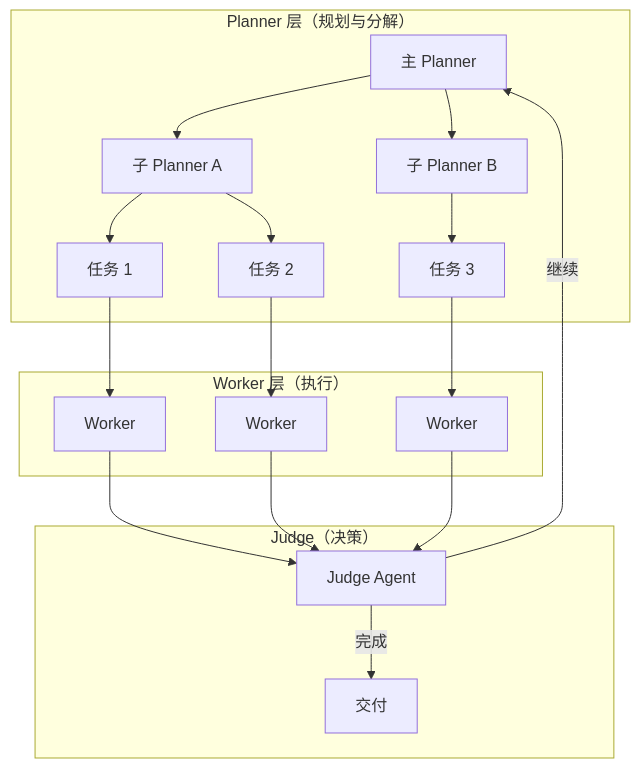
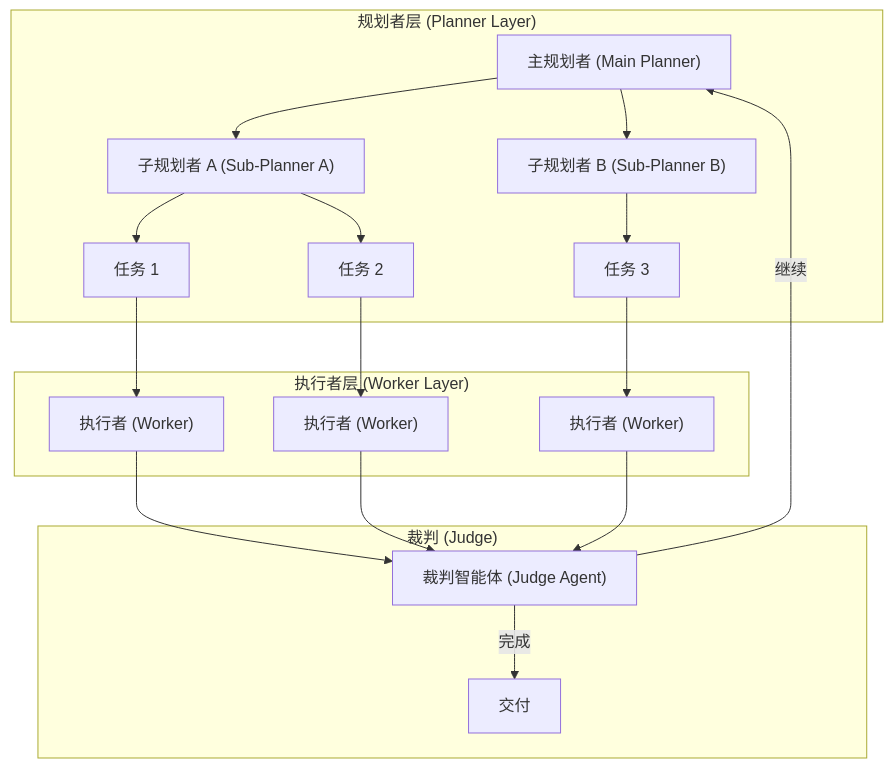
One commit to yeasy/agentic_ai_guide changed the third of 3 diagrams in 05_collaboration/5.1_architectures.md. Above: the diagram before and after it, drawn with Mermaid. The commit also changed other lines of this file and 75 other files, not shown here.

````diff
--- a/05_collaboration/5.1_architectures.md
+++ b/05_collaboration/5.1_architectures.md
@@ -162,24 +162,24 @@
 ```mermaid
 graph TD
-    subgraph planners["Planner 层（规划与分解）"]
-        P1["主 Planner"] --> P2["子 Planner A"]
-        P1 --> P3["子 Planner B"]
+    subgraph planners["规划者层 (Planner Layer)"]
+        P1["主规划者 (Main Planner)"] --> P2["子规划者 A (Sub-Planner A)"]
+        P1 --> P3["子规划者 B (Sub-Planner B)"]
         P2 --> T1["任务 1"]
         P2 --> T2["任务 2"]
         P3 --> T3["任务 3"]
     end
     
-    subgraph workers["Worker 层（执行）"]
-        T1 --> W1["Worker"]
-        T2 --> W2["Worker"]
-        T3 --> W3["Worker"]
+    subgraph workers["执行者层 (Worker Layer)"]
+        T1 --> W1["执行者 (Worker)"]
+        T2 --> W2["执行者 (Worker)"]
+        T3 --> W3["执行者 (Worker)"]
     end
     
-    subgraph judge["Judge（决策）"]
-        W1 --> J["Judge Agent"]
+    subgraph judge["裁判 (Judge)"]
+        W1 --> J["裁判智能体 (Judge Agent)"]
         W2 --> J
         W3 --> J
         J -->|"继续"| P1
         J -->|"完成"| Done["交付"]
     end
 ```
````
